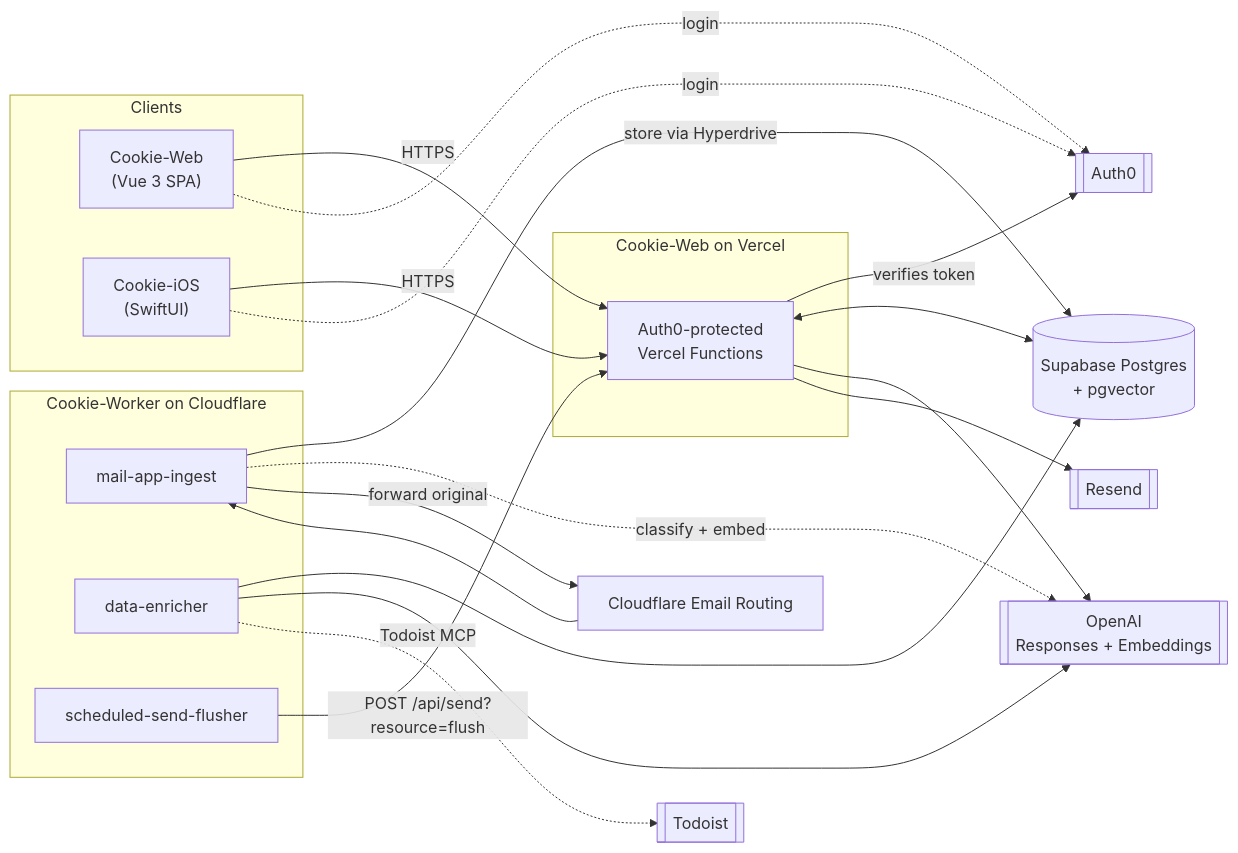
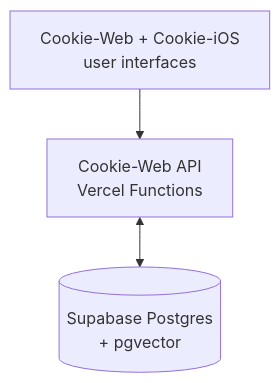
One commit to allistera/Cookie-Docs changed the first of 6 diagrams in docs/01-architecture.mdx. Above: the diagram before and after it, drawn with Mermaid. The commit also changed other lines of this file, not shown here.

Commit message:
docs: simplify architecture diagrams

````diff
--- a/docs/01-architecture.mdx
+++ b/docs/01-architecture.mdx
@@ -18,43 +20,9 @@
 ```mermaid
-flowchart LR
-    subgraph Clients
-      Web["Cookie-Web<br/>(Vue 3 SPA)"]
-      iOS["Cookie-iOS<br/>(SwiftUI)"]
-    end
+flowchart TB
+    Clients["Cookie-Web + Cookie-iOS<br/>user interfaces"]
+    API["Cookie-Web API<br/>Vercel Functions"]
+    DB[("Supabase Postgres\n+ pgvector")]
 
-    subgraph Vercel["Cookie-Web on Vercel"]
-      API["Auth0-protected<br/>Vercel Functions"]
-    end
-
-    subgraph CF["Cookie-Worker on Cloudflare"]
-      Ingest["mail-app-ingest"]
-      Enricher["data-enricher"]
-      Flusher["scheduled-send-flusher"]
-    end
-
-    DB[("Supabase Postgres\n+ pgvector")]
-    OpenAI[["OpenAI\nResponses + Embeddings"]]
-    Resend[["Resend"]]
-    Auth0[["Auth0"]]
-    Email["Cloudflare Email Routing"]
-
-    Web -- HTTPS --> API
-    iOS -- HTTPS --> API
-    Web -. login .-> Auth0
-    iOS -. login .-> Auth0
-    API -- verifies token --> Auth0
+    Clients --> API
     API <--> DB
-    API --> OpenAI
-    API --> Resend
-
-    Email --> Ingest
-    Ingest -- store via Hyperdrive --> DB
-    Ingest -. classify + embed .-> OpenAI
-    Ingest -- forward original --> Email
-
-    Enricher --> DB
-    Enricher --> OpenAI
-    Enricher -. Todoist MCP .-> Todoist[["Todoist"]]
-
-    Flusher -- "POST /api/send?resource=flush" --> API
 ```
````
